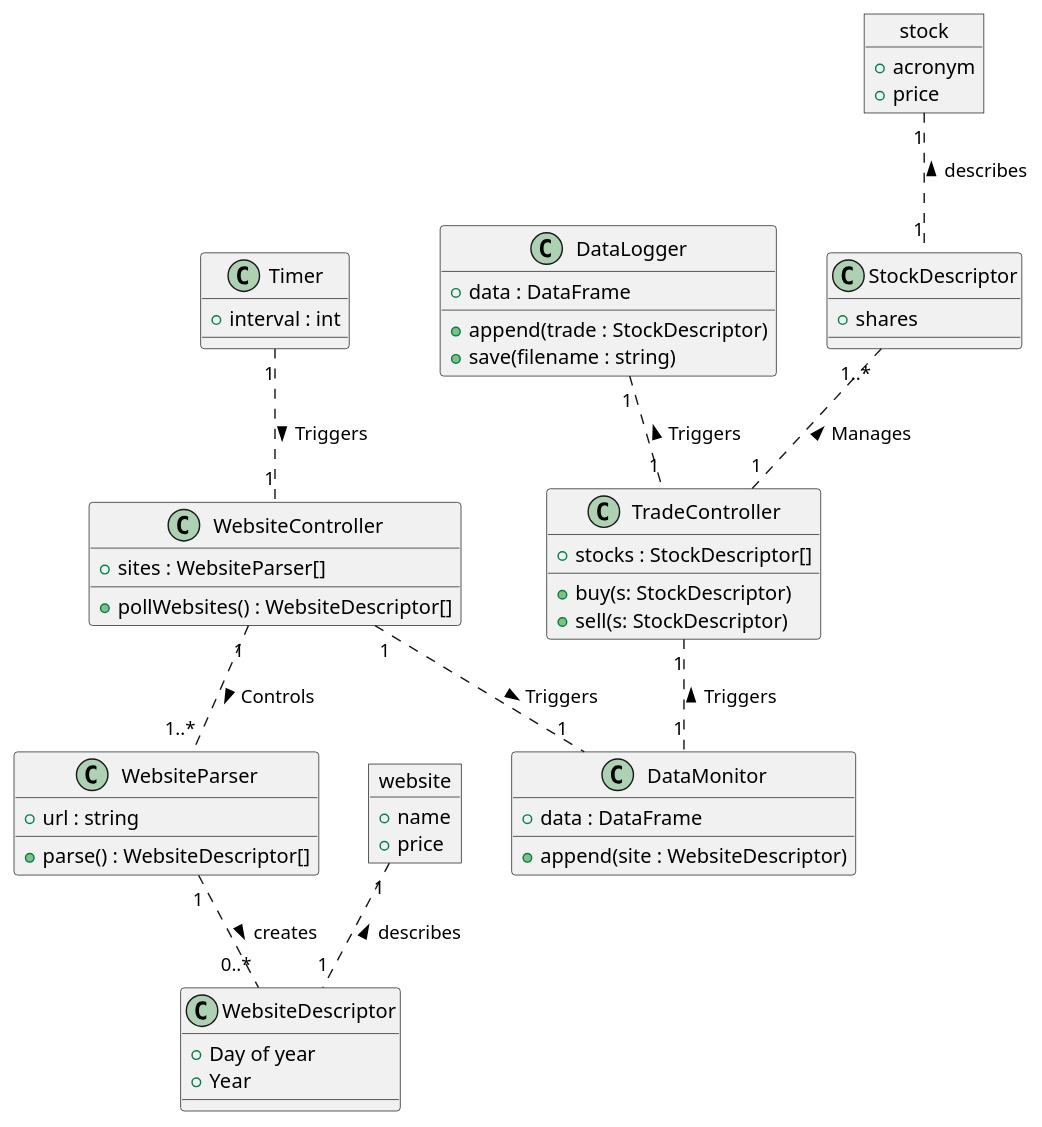
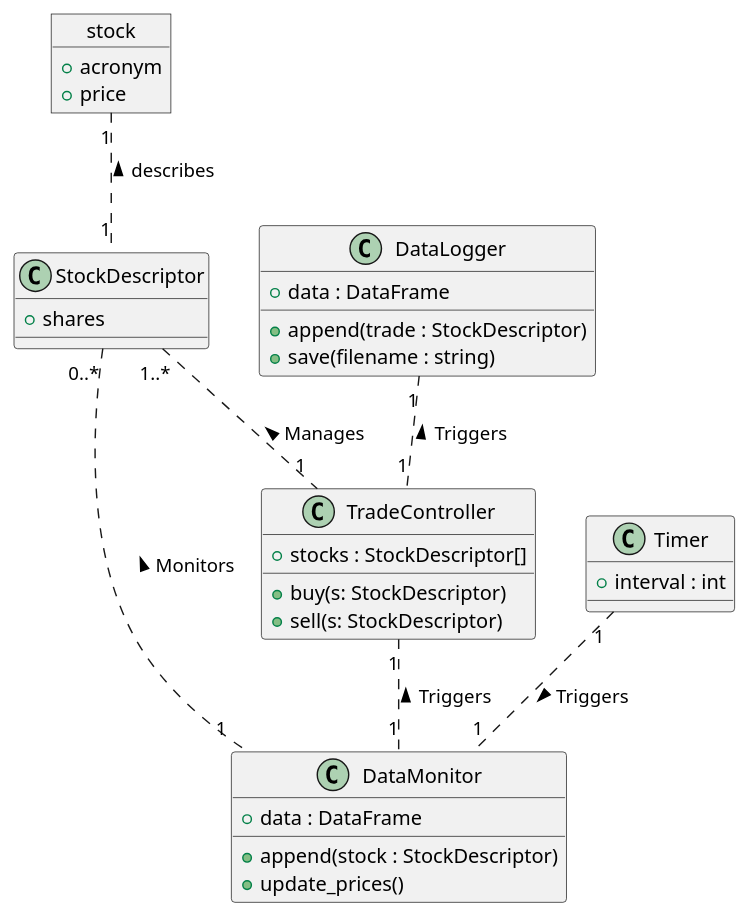
One commit to aaron-jencks/alpaca_stock_tradebot changed the diagram in architecture.puml. Above: the diagram before and after it, drawn with PlantUML. The commit also changed 1 other file, not shown here.

Commit message:
updated architectures to reflect intended usage of robin_stocks

```diff
--- a/architecture.puml
+++ b/architecture.puml
@@ -1,71 +1,45 @@
 @startuml "Domain Model Diagram"
 
 object stock {
     + acronym
     + price
 }
 
 class StockDescriptor {
     + shares
 }
 
 stock "1" .. "1" StockDescriptor : < describes
 
 class TradeController {
     + stocks : StockDescriptor[]
     + buy(s: StockDescriptor)
     + sell(s: StockDescriptor)
 }
 
 StockDescriptor "1..*" .. "1" TradeController : < Manages
 
-object website {
-    + name
-    + price
-}
-
-class WebsiteDescriptor {
-    + Day of year
-    + Year
-}
-
-website "1" .. "1" WebsiteDescriptor : < describes
-
-class WebsiteParser {
-    + url : string
-    + parse() : WebsiteDescriptor[]
-}
-
-WebsiteParser "1" .. "0..*" WebsiteDescriptor : > creates
-
-class WebsiteController {
-    + sites : WebsiteParser[]
-    + pollWebsites() : WebsiteDescriptor[]
-}
-
-WebsiteController "1" .. "1..*" WebsiteParser : > Controls
-
 class DataMonitor {
     + data : DataFrame
-    + append(site : WebsiteDescriptor)
+    + append(stock : StockDescriptor)
+    + update_prices()
 }
 
 TradeController "1" .. "1" DataMonitor : < Triggers
-
-WebsiteController "1" .. "1" DataMonitor : > Triggers
+StockDescriptor "0..*" .. "1" DataMonitor : < Monitors
 
 class Timer {
     + interval : int
 }
 
-Timer "1" .. "1" WebsiteController : > Triggers
+Timer "1" .. "1" DataMonitor : > Triggers
 
 class DataLogger {
     + data : DataFrame
     + append(trade : StockDescriptor)
     + save(filename : string)
 }
 
 DataLogger "1" .. "1" TradeController : < Triggers
 
 @enduml
```
